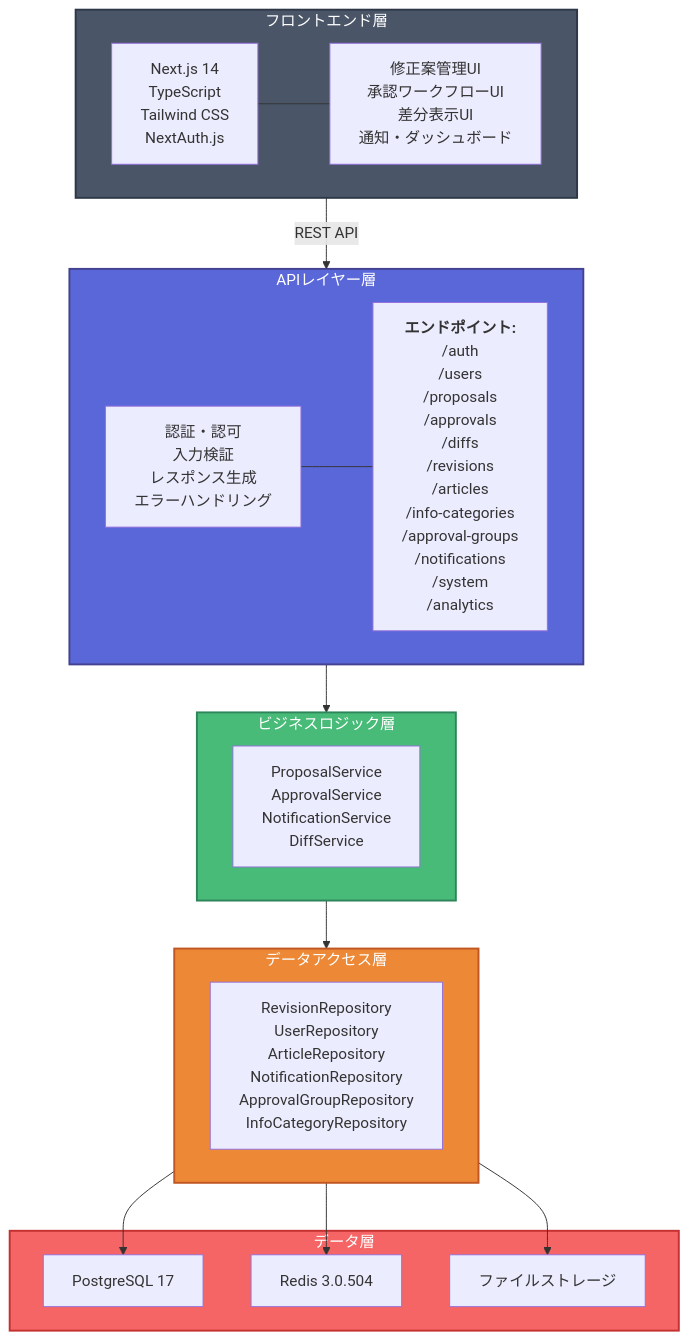
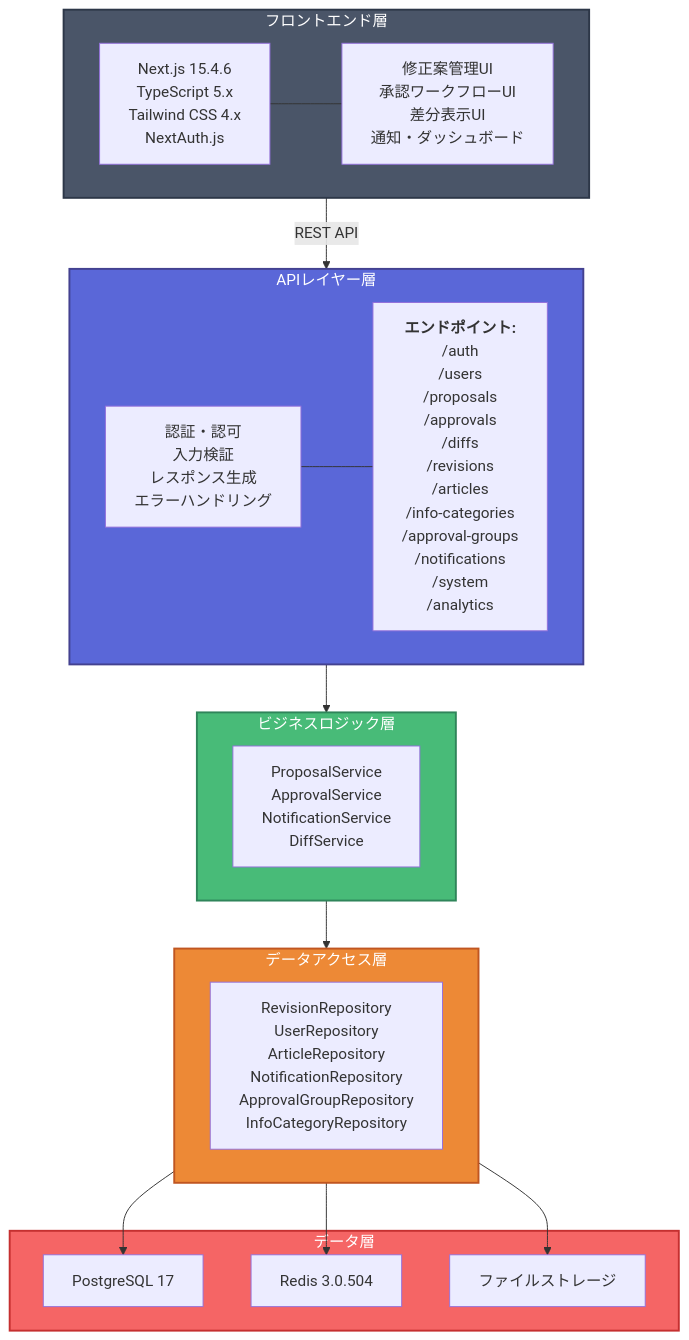
The first of 2 diagrams in .tmp/design.md (ekrsw/knowledge_app), drawn with Mermaid before and after one commit. The commit also changed other lines of this file, not shown here.

````diff
--- a/.tmp/design.md
+++ b/.tmp/design.md
@@ -7,54 +7,54 @@
 ```mermaid
 graph TB
     %% フロントエンド層
     subgraph Frontend["フロントエンド層"]
-        UI_Framework["Next.js 14<br/>TypeScript<br/>Tailwind CSS<br/>NextAuth.js"]
+        UI_Framework["Next.js 15.4.6<br/>TypeScript 5.x<br/>Tailwind CSS 4.x<br/>NextAuth.js"]
         UI_Components["修正案管理UI<br/>承認ワークフローUI<br/>差分表示UI<br/>通知・ダッシュボード"]
         UI_Framework --- UI_Components
     end
 
     %% APIレイヤー層
     subgraph API["APIレイヤー層"]
         Auth["認証・認可<br/>入力検証<br/>レスポンス生成<br/>エラーハンドリング"]
         Endpoints["<b>エンドポイント:</b><br/>/auth<br/>/users<br/>/proposals<br/>/approvals<br/>/diffs<br/>/revisions<br/>/articles<br/>/info-categories<br/>/approval-groups<br/>/notifications<br/>/system<br/>/analytics"]
         Auth --- Endpoints
     end
 
     %% ビジネスロジック層
     subgraph Business["ビジネスロジック層"]
         Services["ProposalService<br/>ApprovalService<br/>NotificationService<br/>DiffService"]
     end
 
     %% データアクセス層
     subgraph DataAccess["データアクセス層"]
         Repositories["RevisionRepository<br/>UserRepository<br/>ArticleRepository<br/>NotificationRepository<br/>ApprovalGroupRepository<br/>InfoCategoryRepository"]
     end
 
     %% データ層
     subgraph Data["データ層"]
         PostgreSQL["PostgreSQL 17"]
         Redis["Redis 3.0.504"]
         FileStorage["ファイルストレージ"]
     end
 
     %% 接続
     Frontend -->|REST API| API
     API --> Business
     Business --> DataAccess
     DataAccess --> PostgreSQL
     DataAccess --> Redis
     DataAccess --> FileStorage
 
     %% スタイリング（濃いグレー背景に白文字）
     classDef frontendStyle fill:#4a5568,stroke:#2d3748,stroke-width:2px,color:#fff
     classDef apiStyle fill:#5a67d8,stroke:#434190,stroke-width:2px,color:#fff
     classDef businessStyle fill:#48bb78,stroke:#2f855a,stroke-width:2px,color:#fff
     classDef dataAccessStyle fill:#ed8936,stroke:#c05621,stroke-width:2px,color:#fff
     classDef dataStyle fill:#f56565,stroke:#c53030,stroke-width:2px,color:#fff
 
     class Frontend frontendStyle
     class API apiStyle
     class Business businessStyle
     class DataAccess dataAccessStyle
     class Data dataStyle
 ```
````
